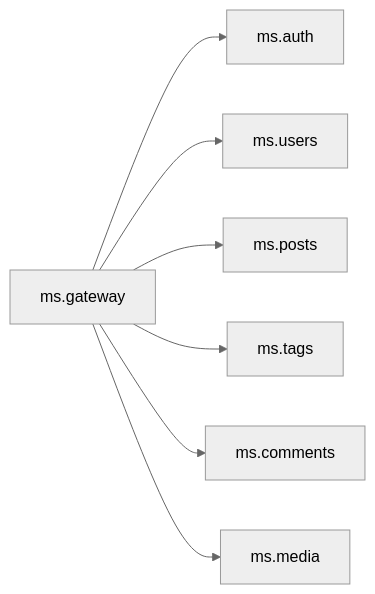
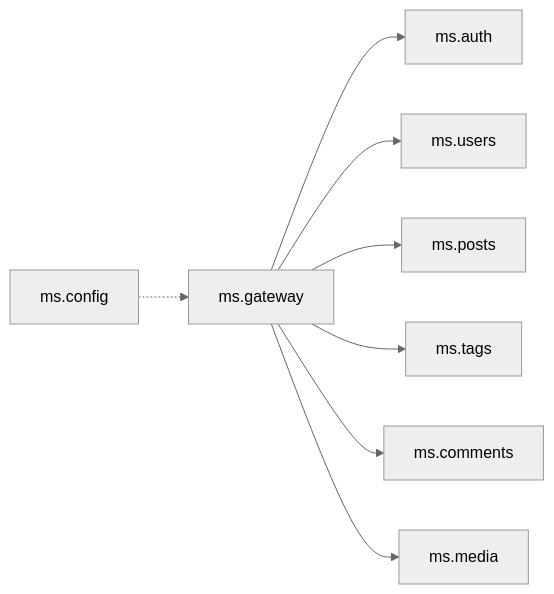
One commit to sakura1977/mormot2-microservices-blog-sample changed the second of 2 diagrams in .claude/architecture.md. Above: the diagram before and after it, drawn with Mermaid (neutral theme). The commit also changed other lines of this file and 28 other files, not shown here.

````diff
--- a/.claude/architecture.md
+++ b/.claude/architecture.md
@@ -97,9 +106,10 @@
 ```mermaid
 graph LR
-    GW[ms.gateway] --> AUTH[ms.auth]
+    CONFIG[ms.config] -.-> GW[ms.gateway]
+    GW --> AUTH[ms.auth]
     GW --> USERS[ms.users]
     GW --> POSTS[ms.posts]
     GW --> TAGS[ms.tags]
     GW --> COMMENTS[ms.comments]
     GW --> MEDIA[ms.media]
 ```
````
